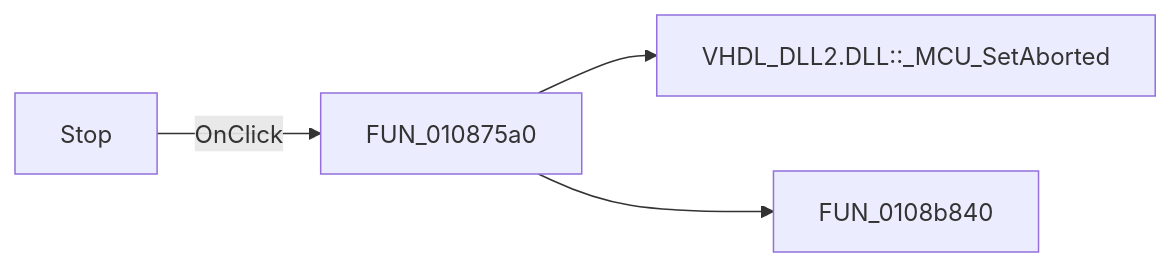
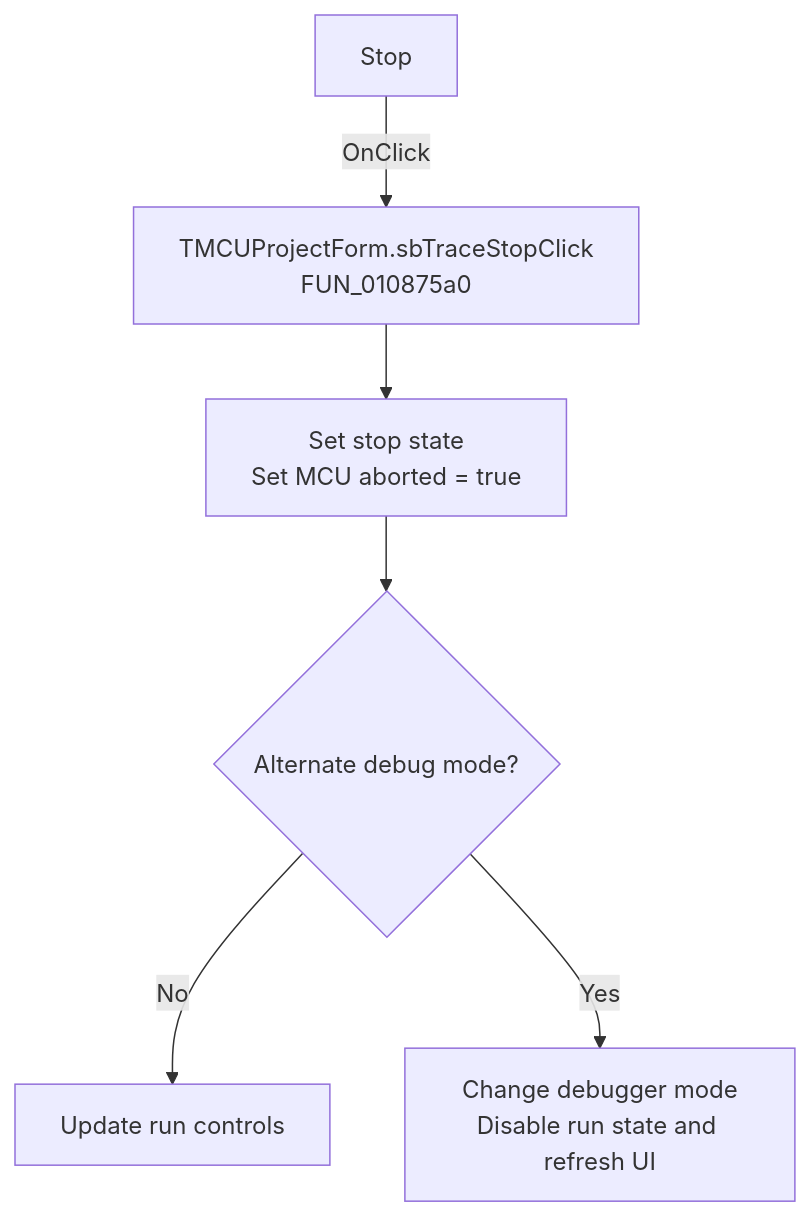
Before and after one commit to MovGP0/TIARA: the diagram in docs/ui-controls/mcuprojectform/sbtracestop-10c54a6644.md, drawn with Mermaid. The commit also changed other lines of this file and 1062 other files, not shown here.

````diff
--- a/docs/ui-controls/mcuprojectform/sbtracestop-10c54a6644.md
+++ b/docs/ui-controls/mcuprojectform/sbtracestop-10c54a6644.md
@@ -27,6 +27,8 @@
 ```mermaid
-flowchart LR
-    control["Stop"] -->|OnClick| handler["FUN_010875a0"]
-    handler --> call1["VHDL_DLL2.DLL::_MCU_SetAborted"]
-    handler --> call2["FUN_0108b840"]
+flowchart TD
+    control["Stop"] -->|OnClick| handler["TMCUProjectForm.sbTraceStopClick<br/>FUN_010875a0"]
+    handler --> stop["Set stop state<br/>Set MCU aborted = true"]
+    stop --> mode{"Alternate debug mode?"}
+    mode -->|No| local["Update run controls"]
+    mode -->|Yes| remote["Change debugger mode<br/>Disable run state and refresh UI"]
 ```
````
